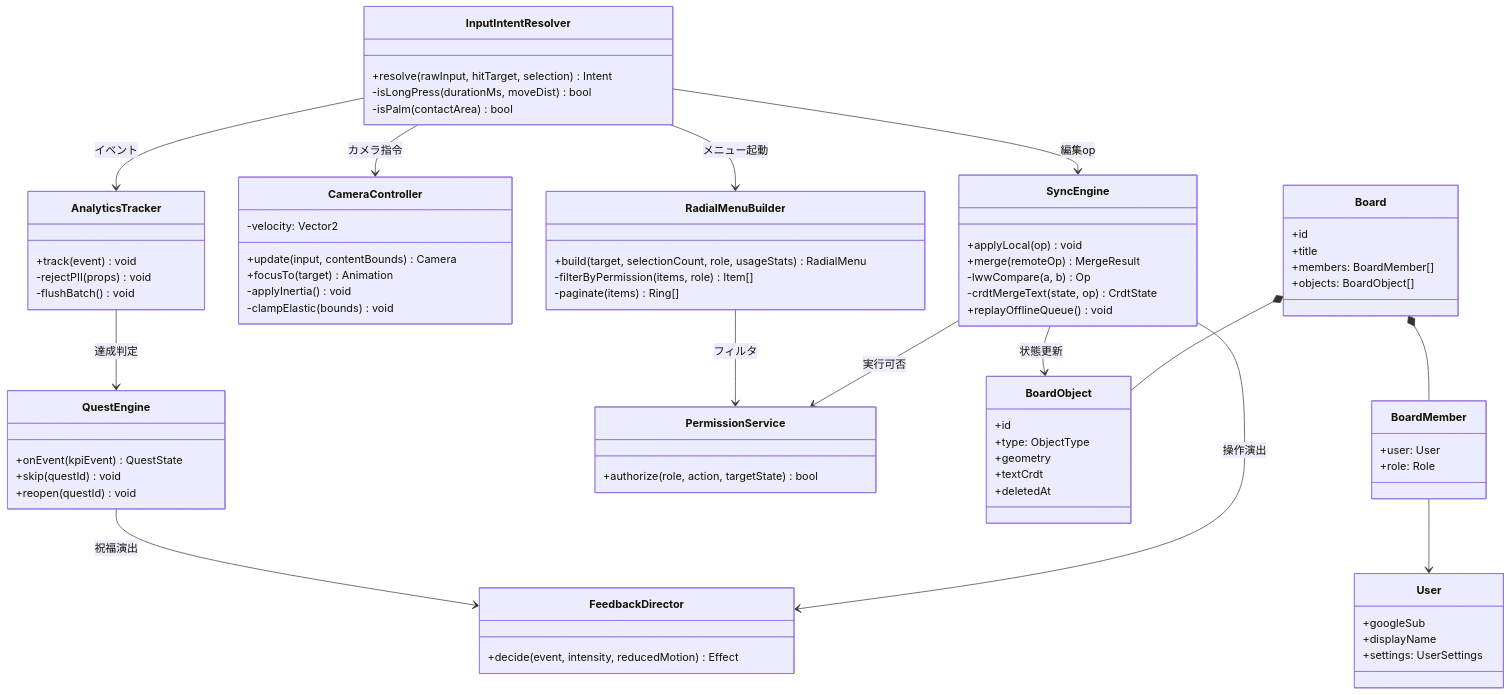
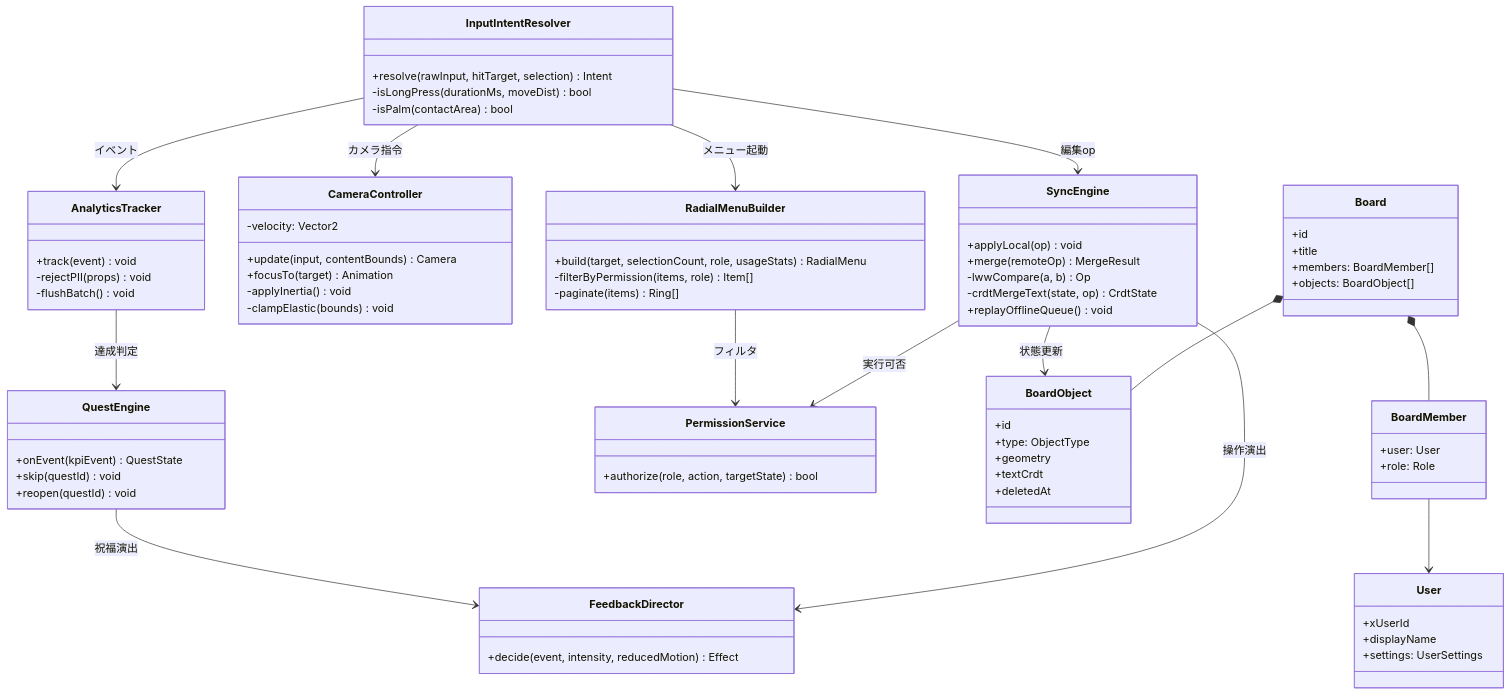
Before and after one commit to rictaworks/questboard: the sixth of 10 diagrams in questboard_design_document.md, drawn with Mermaid. The commit also changed other lines of this file and 49 other files, not shown here.

````diff
--- a/questboard_design_document.md
+++ b/questboard_design_document.md
@@ -367,79 +367,79 @@
 ```mermaid
 classDiagram
     class InputIntentResolver {
         +resolve(rawInput, hitTarget, selection) Intent
         -isLongPress(durationMs, moveDist) bool
         -isPalm(contactArea) bool
     }
     class RadialMenuBuilder {
         +build(target, selectionCount, role, usageStats) RadialMenu
         -filterByPermission(items, role) Item[]
         -paginate(items) Ring[]
     }
     class CameraController {
         -velocity: Vector2
         +update(input, contentBounds) Camera
         +focusTo(target) Animation
         -applyInertia() void
         -clampElastic(bounds) void
     }
     class FeedbackDirector {
         +decide(event, intensity, reducedMotion) Effect
     }
     class QuestEngine {
         +onEvent(kpiEvent) QuestState
         +skip(questId) void
         +reopen(questId) void
     }
     class SyncEngine {
         +applyLocal(op) void
         +merge(remoteOp) MergeResult
         -lwwCompare(a, b) Op
         -crdtMergeText(state, op) CrdtState
         +replayOfflineQueue() void
     }
     class PermissionService {
         +authorize(role, action, targetState) bool
     }
     class AnalyticsTracker {
         +track(event) void
         -rejectPII(props) void
         -flushBatch() void
     }
     class Board {
         +id
         +title
         +members: BoardMember[]
         +objects: BoardObject[]
     }
     class BoardObject {
         +id
         +type: ObjectType
         +geometry
         +textCrdt
         +deletedAt
     }
     class BoardMember {
         +user: User
         +role: Role
     }
     class User {
-        +googleSub
+        +xUserId
         +displayName
         +settings: UserSettings
     }
 
     InputIntentResolver --> RadialMenuBuilder : メニュー起動
     InputIntentResolver --> CameraController : カメラ指令
     InputIntentResolver --> SyncEngine : 編集op
     RadialMenuBuilder --> PermissionService : フィルタ
     SyncEngine --> PermissionService : 実行可否
     SyncEngine --> BoardObject : 状態更新
     InputIntentResolver --> AnalyticsTracker : イベント
     AnalyticsTracker --> QuestEngine : 達成判定
     QuestEngine --> FeedbackDirector : 祝福演出
     SyncEngine --> FeedbackDirector : 操作演出
     Board *-- BoardObject
     Board *-- BoardMember
     BoardMember --> User
 ```
````
